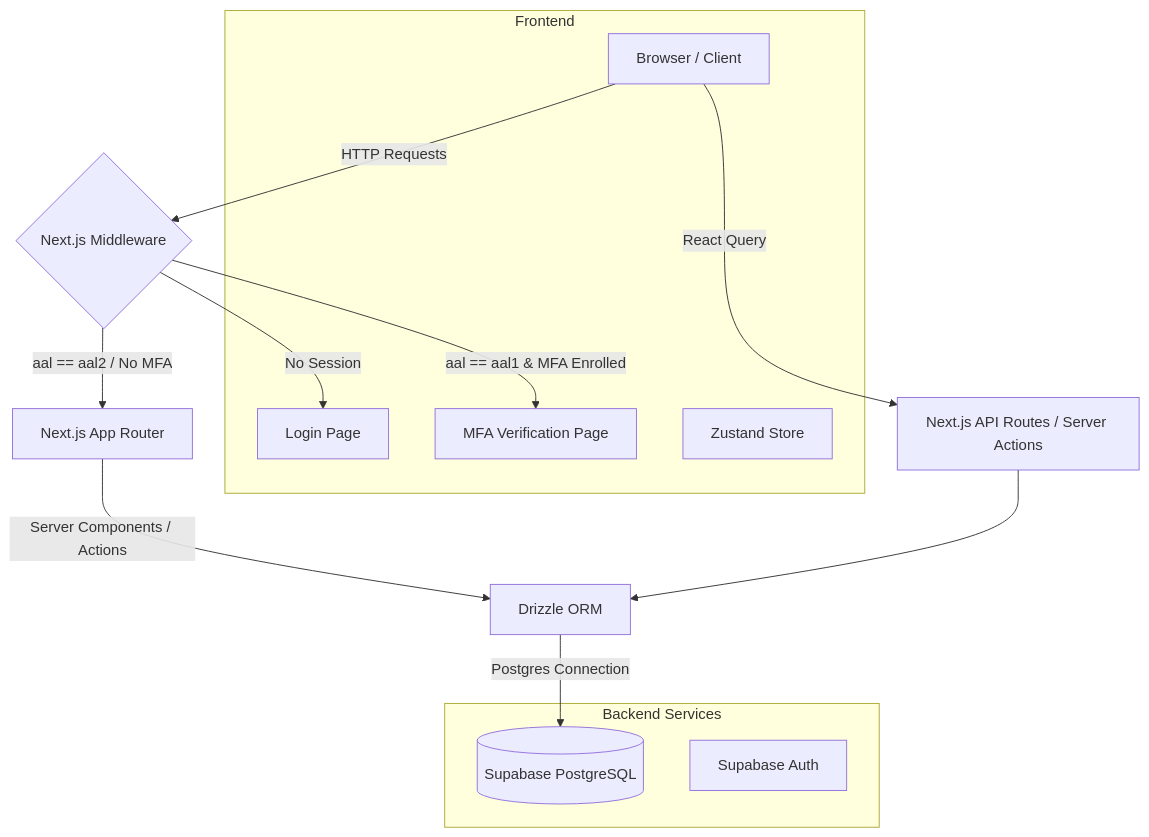
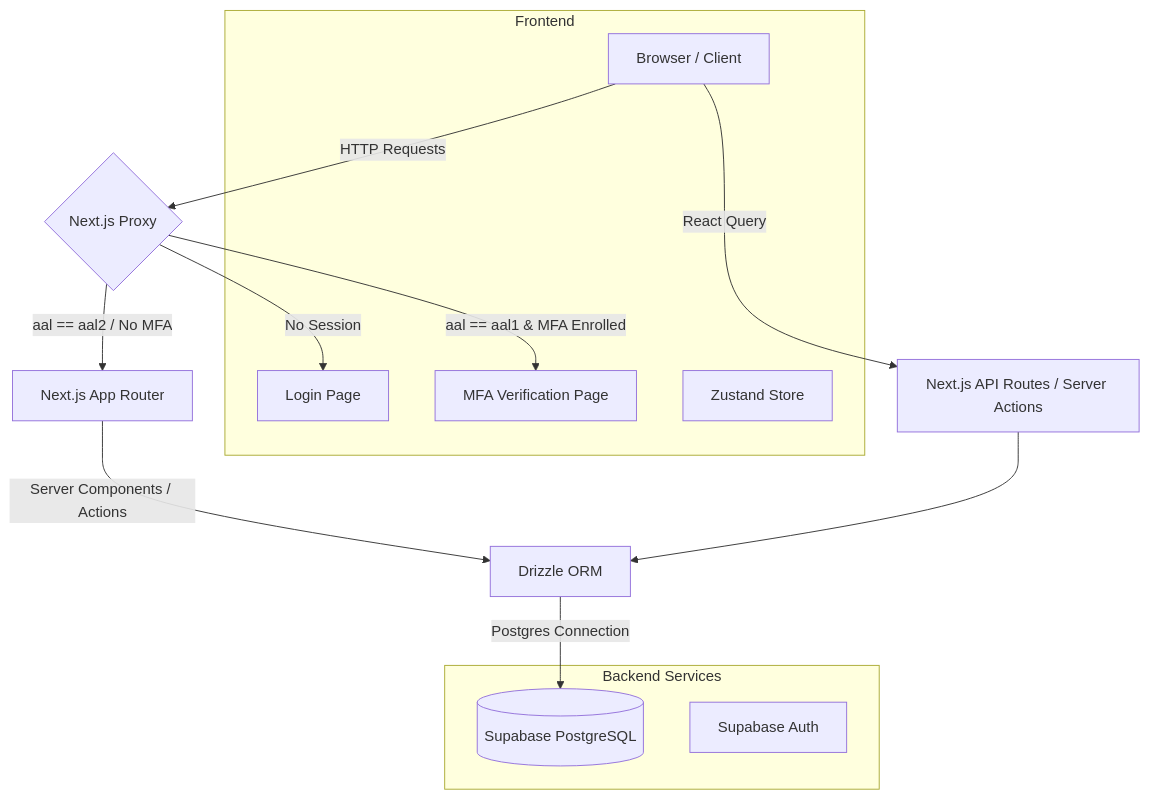
Before and after one commit to bereanadvisorgroup/prestige-box: the diagram in docs/architecture.md, drawn with Mermaid. The commit also changed other lines of this file and 16 other files, not shown here.

````diff
--- a/docs/architecture.md
+++ b/docs/architecture.md
@@ -9,23 +9,23 @@
 ```mermaid
 graph TD
-    Client[Browser / Client] -->|HTTP Requests| Middleware{Next.js Middleware}
-    Middleware -->|No Session| Login[Login Page]
-    Middleware -->|aal == aal1 & MFA Enrolled| MFAVerify[MFA Verification Page]
-    Middleware -->|aal == aal2 / No MFA| NextJS[Next.js App Router]
+    Client[Browser / Client] -->|HTTP Requests| Proxy{Next.js Proxy}
+    Proxy -->|No Session| Login[Login Page]
+    Proxy -->|aal == aal1 & MFA Enrolled| MFAVerify[MFA Verification Page]
+    Proxy -->|aal == aal2 / No MFA| NextJS[Next.js App Router]
     NextJS -->|Server Components / Actions| Drizzle[Drizzle ORM]
     Drizzle -->|Postgres Connection| SupabaseDB[(Supabase PostgreSQL)]
     Client -->|React Query| API[Next.js API Routes / Server Actions]
     API --> Drizzle
     
     subgraph Frontend
     Client
     Zustand[Zustand Store]
     Login
     MFAVerify
     end
     
     subgraph Backend Services
     SupabaseAuth[Supabase Auth]
     SupabaseDB
     end
 ```
````
